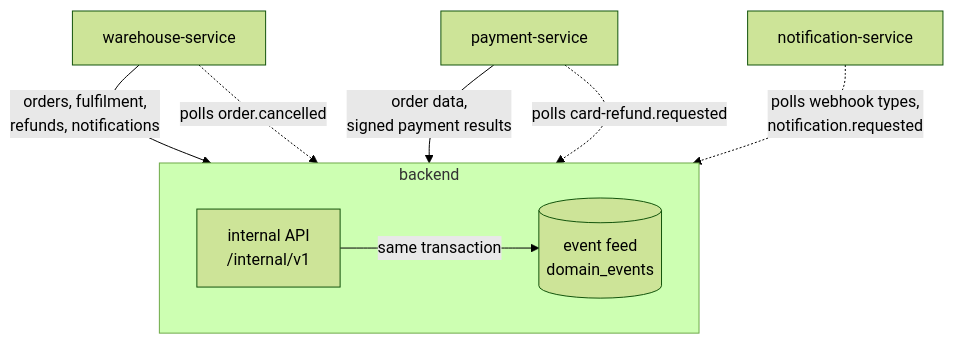
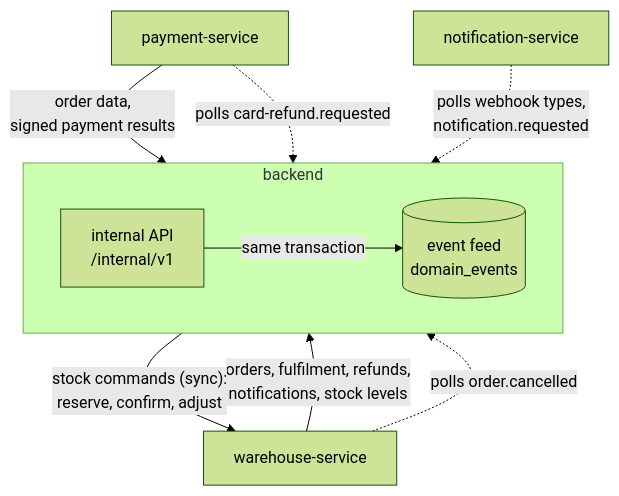
The second of 2 diagrams in docs-site/docs/architecture/index.md (slawekradzyminski/awesome-localstack), drawn with Mermaid (forest theme) before and after one commit. The commit also changed other lines of this file and 6 other files, not shown here.

````diff
--- a/docs-site/docs/architecture/index.md
+++ b/docs-site/docs/architecture/index.md
@@ -52,15 +53,16 @@
 ```mermaid
 flowchart TB
     W[warehouse-service]
     P[payment-service]
     N[notification-service]
     subgraph B[backend]
         direction LR
         I["internal API<br/>/internal/v1"] -->|"same transaction"| F[("event feed<br/>domain_events")]
     end
-    W -->|"orders, fulfilment,<br/>refunds, notifications"| I
+    W -->|"orders, fulfilment, refunds,<br/>notifications, stock levels"| I
+    B -->|"stock commands (sync):<br/>reserve, confirm, adjust"| W
     P -->|"order data,<br/>signed payment results"| I
     W -.->|"polls order.cancelled"| F
     P -.->|"polls card-refund.requested"| F
     N -.->|"polls webhook types,<br/>notification.requested"| F
 ```
````
